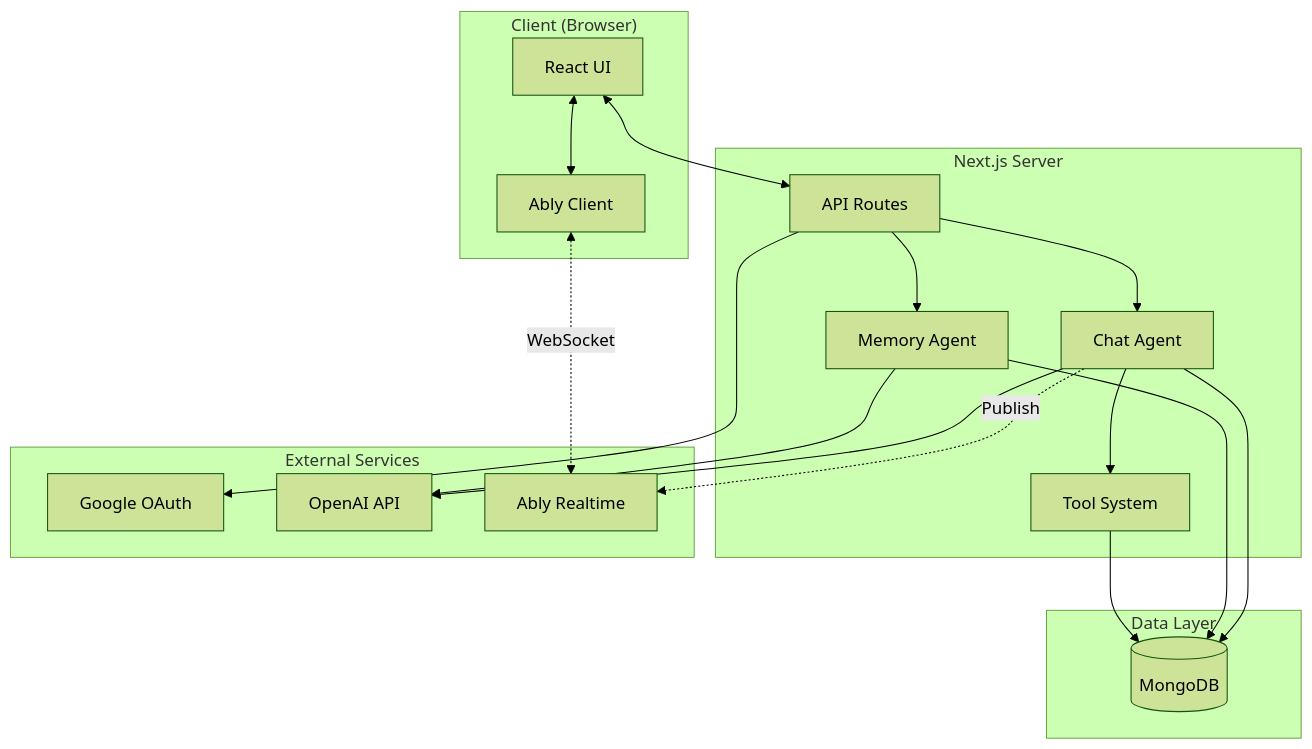
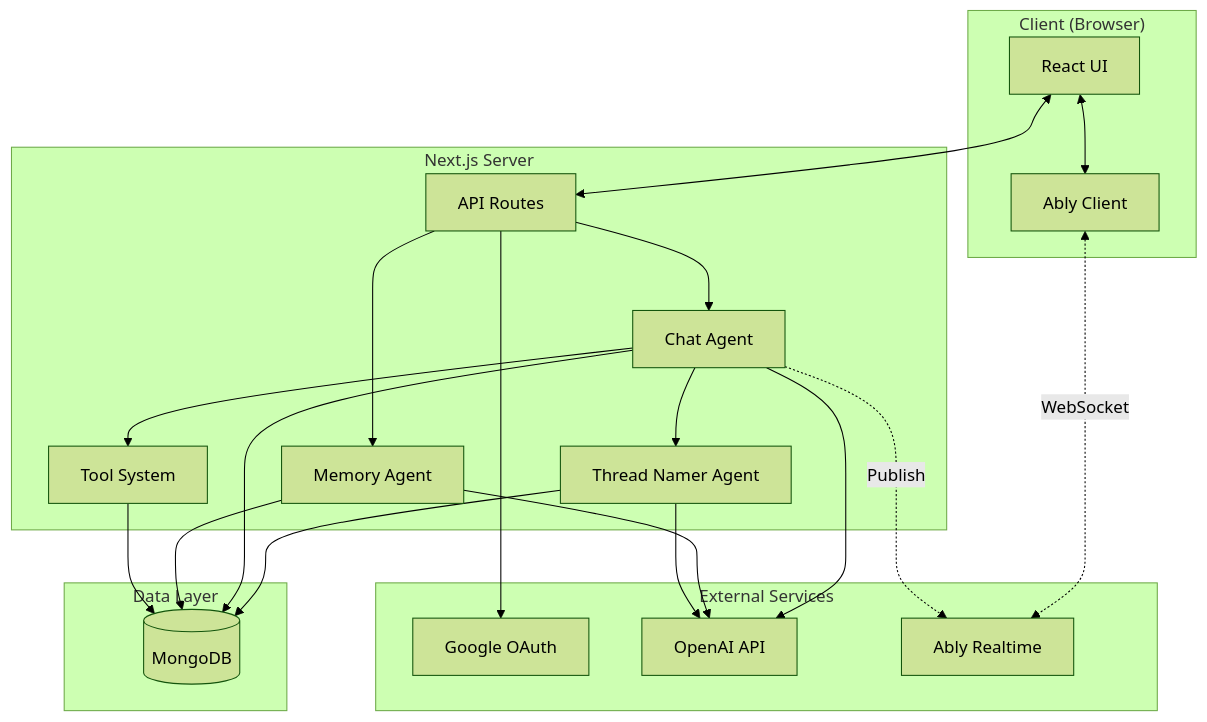
Before and after one commit to korostelevm/teacher-app: the first of 11 diagrams in docs/ARCHITECTURE.md, drawn with Mermaid (forest theme). The commit also changed other lines of this file and 9 other files, not shown here.

Commit message:
Enhance documentation and chat functionality by adding a live demo link to README, introducing a new Thread Namer Agent in the architecture, and implementing a background worker for automatic thread title generation. Update chat component to include a home button for better navigation.

````diff
--- a/docs/ARCHITECTURE.md
+++ b/docs/ARCHITECTURE.md
@@ -11,38 +11,42 @@
 ```mermaid
 flowchart TB
     subgraph Client["Client (Browser)"]
         UI[React UI]
         AblyClient[Ably Client]
     end
     
     subgraph NextJS["Next.js Server"]
         API[API Routes]
         Agent[Chat Agent]
         MemAgent[Memory Agent]
+        NamerAgent[Thread Namer Agent]
         Tools[Tool System]
     end
     
     subgraph External["External Services"]
         Google[Google OAuth]
         OpenAI[OpenAI API]
         AblyServer[Ably Realtime]
     end
     
     subgraph Data["Data Layer"]
         MongoDB[(MongoDB)]
     end
     
     UI <--> API
     UI <--> AblyClient
     AblyClient <-.->|WebSocket| AblyServer
     API --> Agent
     Agent --> OpenAI
     Agent --> Tools
     Agent -.->|Publish| AblyServer
     API --> MemAgent
     MemAgent --> OpenAI
+    Agent --> NamerAgent
+    NamerAgent --> OpenAI
+    NamerAgent --> MongoDB
     API --> Google
     Agent --> MongoDB
     MemAgent --> MongoDB
     Tools --> MongoDB
 ```
````
